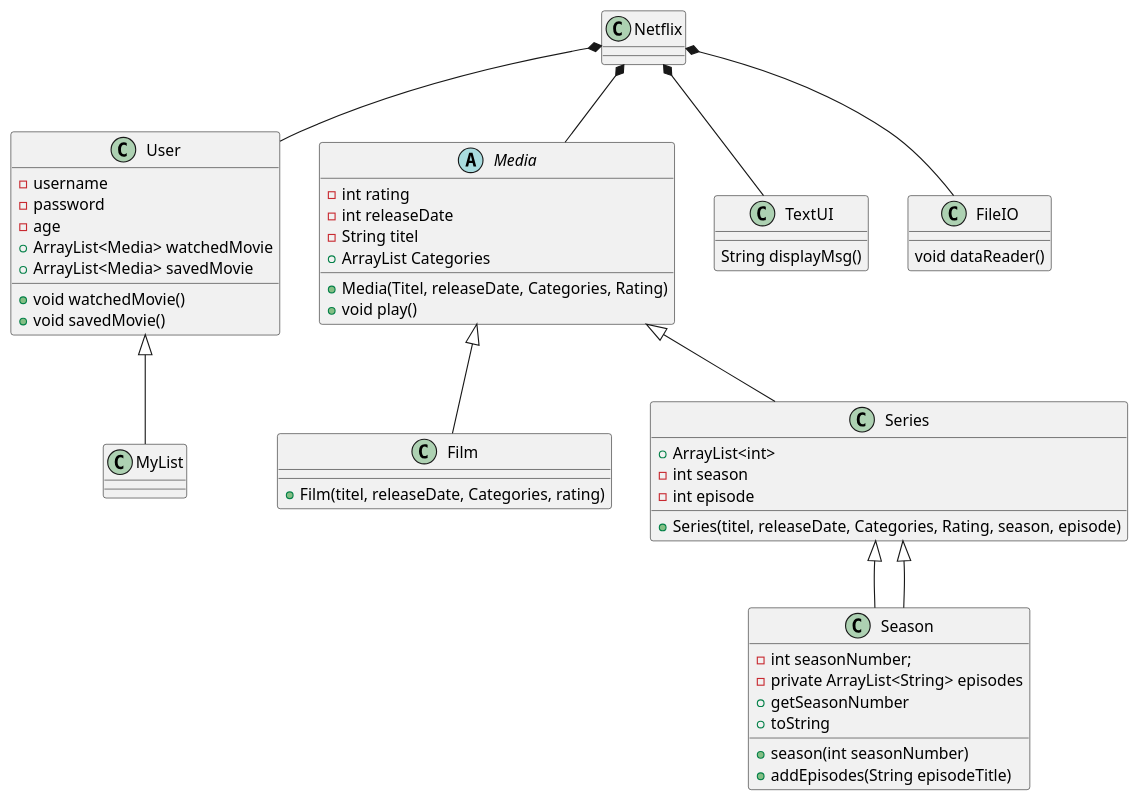
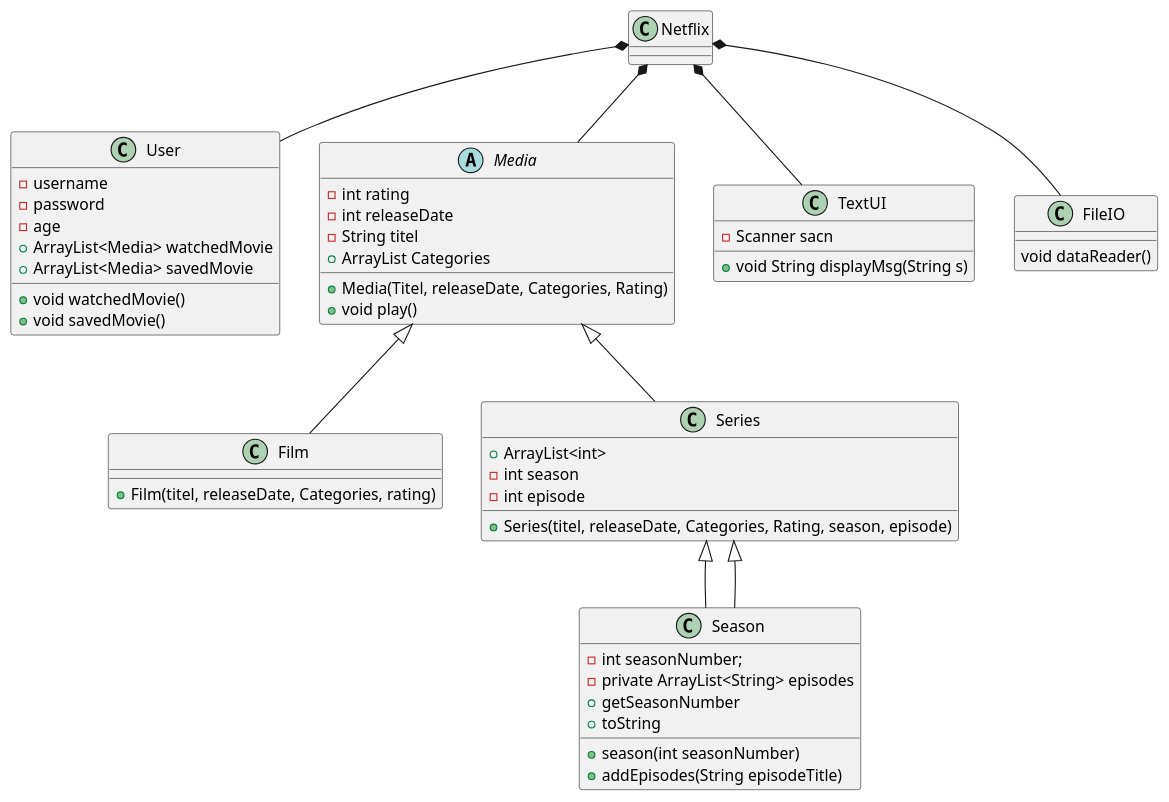
Before and after one commit to MariamE04/SP3: the diagram in .idea/UML/Netflix.puml, drawn with PlantUML.

Commit message:
lavet ændring i klassediagram

```diff
--- a/.idea/UML/Netflix.puml
+++ b/.idea/UML/Netflix.puml
@@ -1,58 +1,57 @@
 @startuml
 'https://plantuml.com/class-diagram
-
 
 class Netflix{}
 class User{
 - username
 - password
 - age
 + ArrayList<Media> watchedMovie
 + ArrayList<Media> savedMovie
 + void watchedMovie()
 + void savedMovie()
  }
 
 abstract class Media{
 -int rating
 -int releaseDate
  -String titel
  +ArrayList Categories
  +Media(Titel, releaseDate, Categories, Rating)
  + void play()
 
 }
 class Film{
 +Film(titel, releaseDate, Categories, rating)
 }
 class Series {
 + ArrayList<int>
 -int season
 -int episode
 +Series(titel, releaseDate, Categories, Rating, season, episode)
 }
 class Season extends Series{
 -int seasonNumber;
 -private ArrayList<String> episodes
 +season(int seasonNumber)
 +getSeasonNumber
 +addEpisodes(String episodeTitle)
 +toString
 }
 
 class TextUI{
-String displayMsg()
+-Scanner sacn
++ void String displayMsg(String s)
 }
 class FileIO{
 void dataReader()
 }
 
 Netflix *-- User
-User <|--MyList
 Netflix *-- Media
 Media <|-- Film
 Media <|-- Series
 Series <|-- Season
 Netflix *-- FileIO
 Netflix *-- TextUI
 @enduml
```
